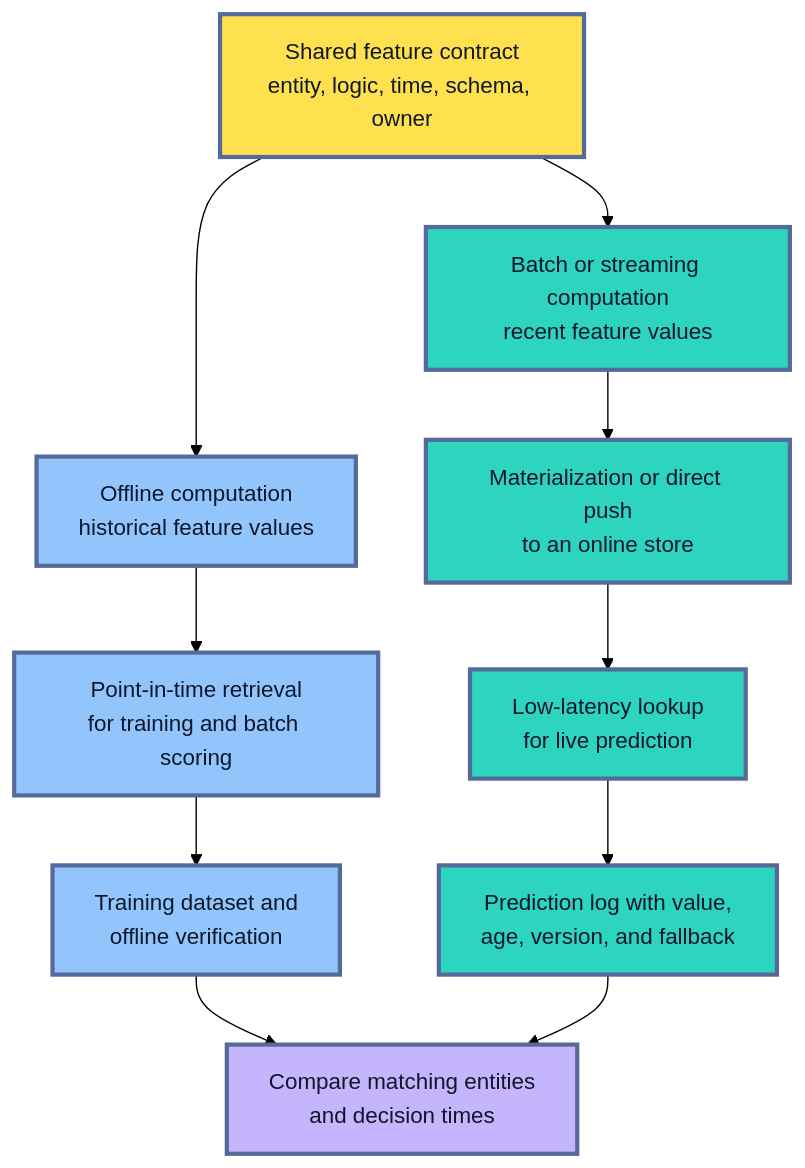
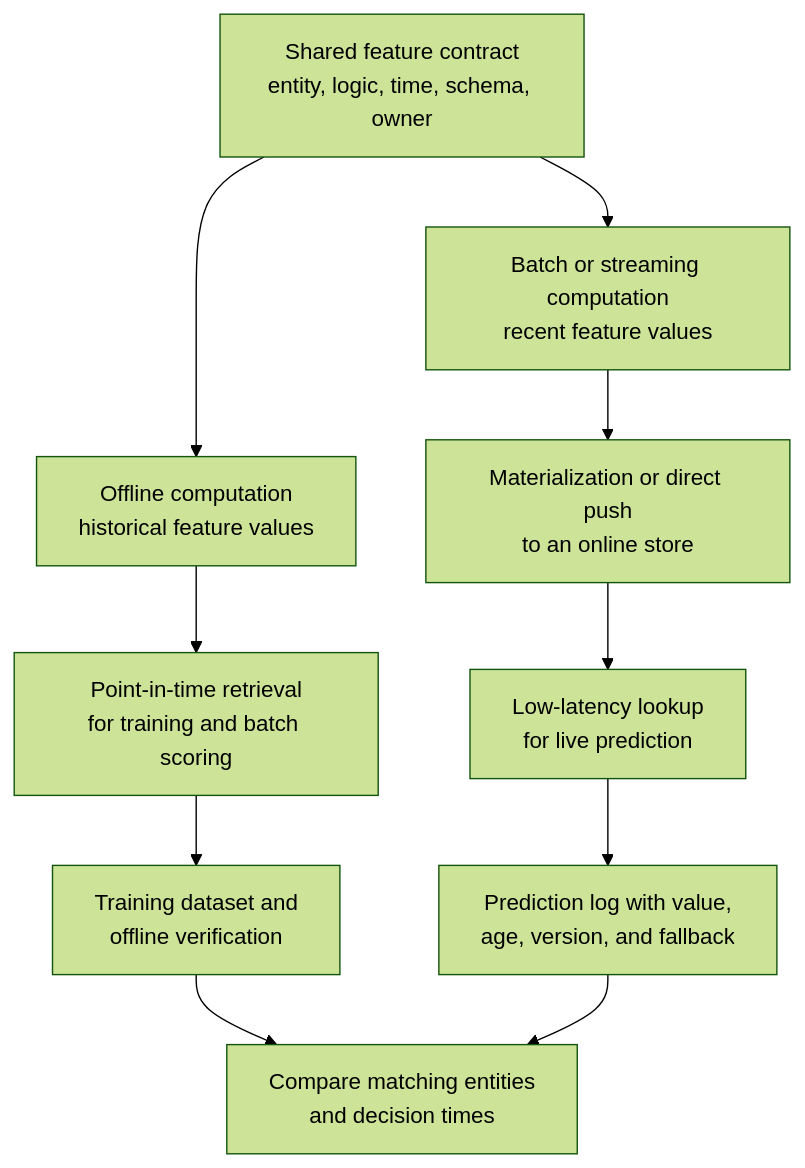
One commit to senlinyy/dev-roadmaps changed the first of 7 diagrams in roadmaps/mlops/modules/data-for-ml-systems/feature-management/02-online-vs-offline-features.md. Above: the diagram before and after it, drawn with Mermaid (forest theme). The commit also changed other lines of this file and 152 other files, not shown here.

Commit message:
feat: mlops and diagrams updated

````diff
--- a/roadmaps/mlops/modules/data-for-ml-systems/feature-management/02-online-vs-offline-features.md
+++ b/roadmaps/mlops/modules/data-for-ml-systems/feature-management/02-online-vs-offline-features.md
@@ -78,21 +78,17 @@
 ```mermaid
 flowchart TD
     A["Shared feature contract<br/>entity, logic, time, schema, owner"] --> B["Offline computation<br/>historical feature values"]
     A --> C["Batch or streaming computation<br/>recent feature values"]
     B --> D["Point-in-time retrieval<br/>for training and batch scoring"]
     C --> E["Materialization or direct push<br/>to an online store"]
     E --> F["Low-latency lookup<br/>for live prediction"]
     D --> G["Training dataset and<br/>offline verification"]
     F --> H["Prediction log with value,<br/>age, version, and fallback"]
     G --> I["Compare matching entities<br/>and decision times"]
     H --> I
 
-    classDef contract fill:#FFE04F,stroke:#536A9A,stroke-width:3px,color:#111827
-    classDef offline fill:#93C5FD,stroke:#536A9A,stroke-width:3px,color:#0F172A
-    classDef online fill:#2DD4BF,stroke:#536A9A,stroke-width:3px,color:#0F172A
-    classDef evidence fill:#C4B5FD,stroke:#536A9A,stroke-width:3px,color:#0F172A
     class A contract
     class B,D,G offline
     class C,E,F,H online
     class I evidence
 ```
````
